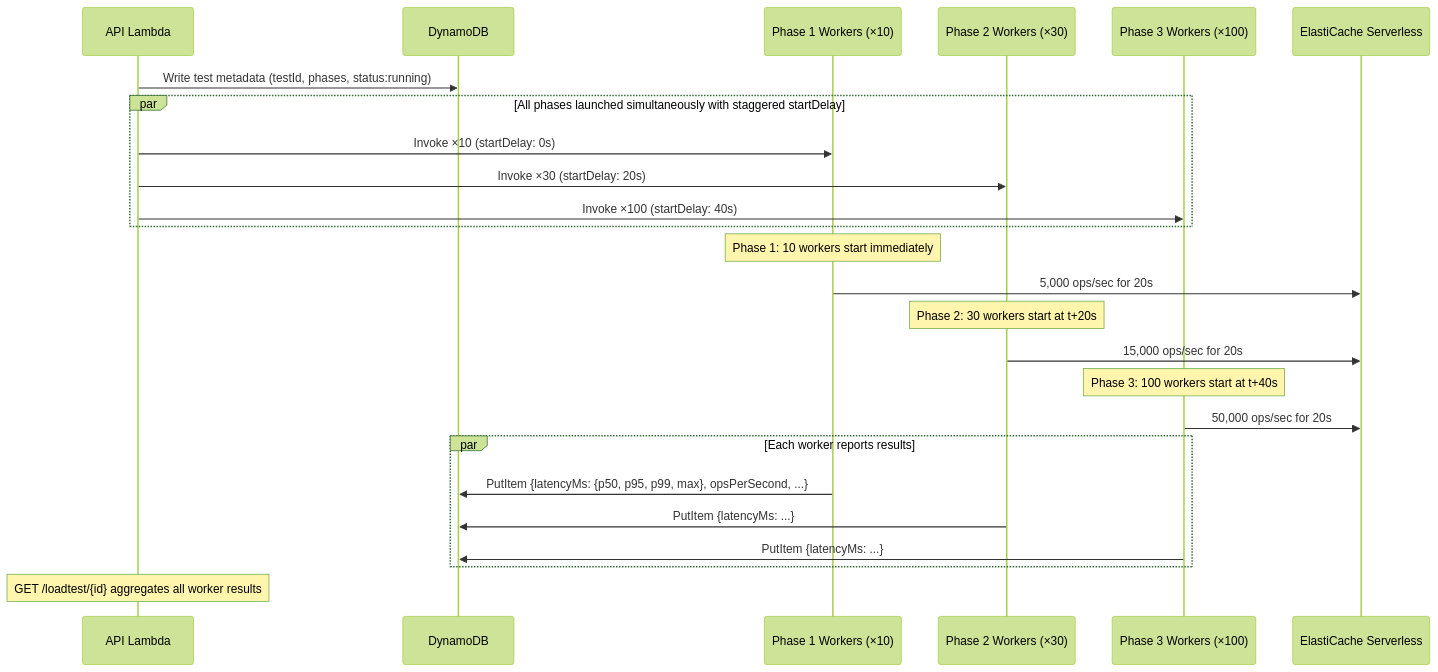
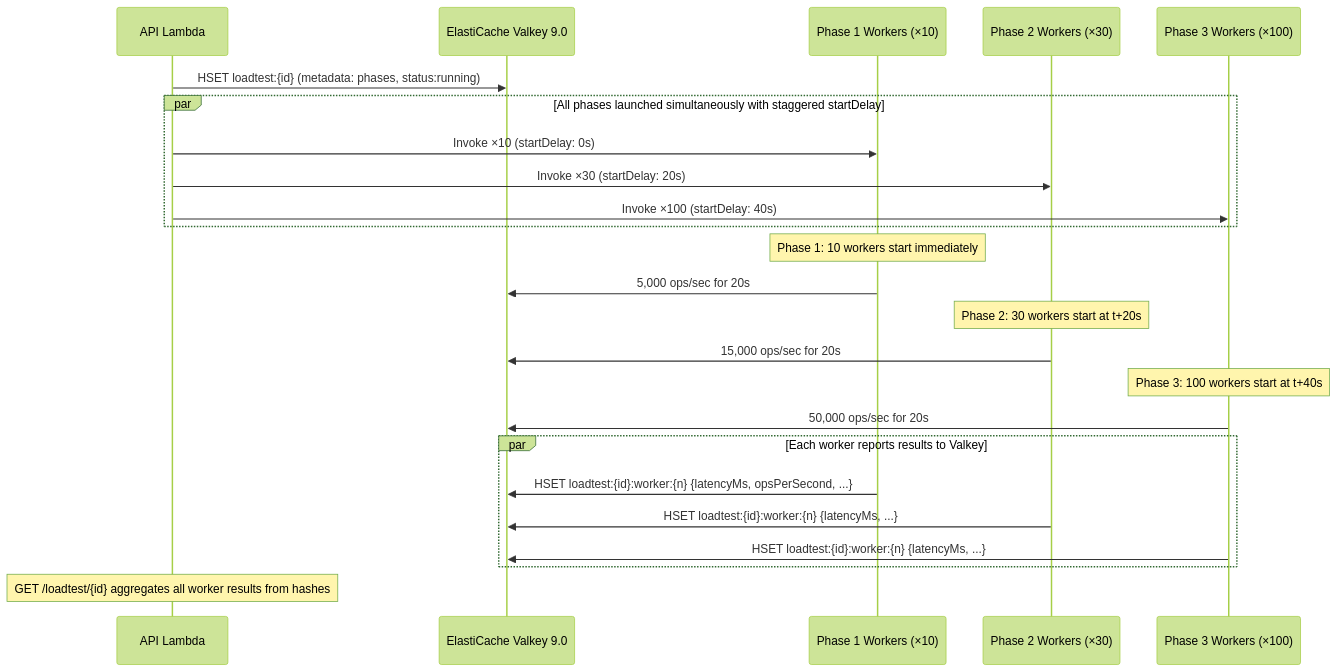
Before and after one commit to rickrams/galactic-mining-league: the fifth of 5 diagrams in ARCHITECTURE.md, drawn with Mermaid (forest theme). The commit also changed other lines of this file and 4 other files, not shown here.

First line of the commit message:
Replace DynamoDB with ElastiCache durability as sole data store

````diff
--- a/ARCHITECTURE.md
+++ b/ARCHITECTURE.md
@@ -175,34 +180,33 @@
 ```mermaid
 sequenceDiagram
     participant API as API Lambda
-    participant DDB as DynamoDB
+    participant V as ElastiCache Valkey 9.0
     participant P1 as Phase 1 Workers (×10)
     participant P2 as Phase 2 Workers (×30)
     participant P3 as Phase 3 Workers (×100)
-    participant V as ElastiCache Serverless
 
-    API->>DDB: Write test metadata (testId, phases, status:running)
-    
+    API->>V: HSET loadtest:{id} (metadata: phases, status:running)
+
     par All phases launched simultaneously with staggered startDelay
         API->>P1: Invoke ×10 (startDelay: 0s)
         API->>P2: Invoke ×30 (startDelay: 20s)
         API->>P3: Invoke ×100 (startDelay: 40s)
     end
 
     Note over P1: Phase 1: 10 workers start immediately
     P1->>V: 5,000 ops/sec for 20s
-    
+
     Note over P2: Phase 2: 30 workers start at t+20s
     P2->>V: 15,000 ops/sec for 20s
 
     Note over P3: Phase 3: 100 workers start at t+40s
     P3->>V: 50,000 ops/sec for 20s
 
-    par Each worker reports results
-        P1->>DDB: PutItem {latencyMs: {p50, p95, p99, max}, opsPerSecond, ...}
-        P2->>DDB: PutItem {latencyMs: ...}
-        P3->>DDB: PutItem {latencyMs: ...}
+    par Each worker reports results to Valkey
+        P1->>V: HSET loadtest:{id}:worker:{n} {latencyMs, opsPerSecond, ...}
+        P2->>V: HSET loadtest:{id}:worker:{n} {latencyMs, ...}
+        P3->>V: HSET loadtest:{id}:worker:{n} {latencyMs, ...}
     end
 
-    Note over API: GET /loadtest/{id} aggregates all worker results
+    Note over API: GET /loadtest/{id} aggregates all worker results from hashes
 ```
````
